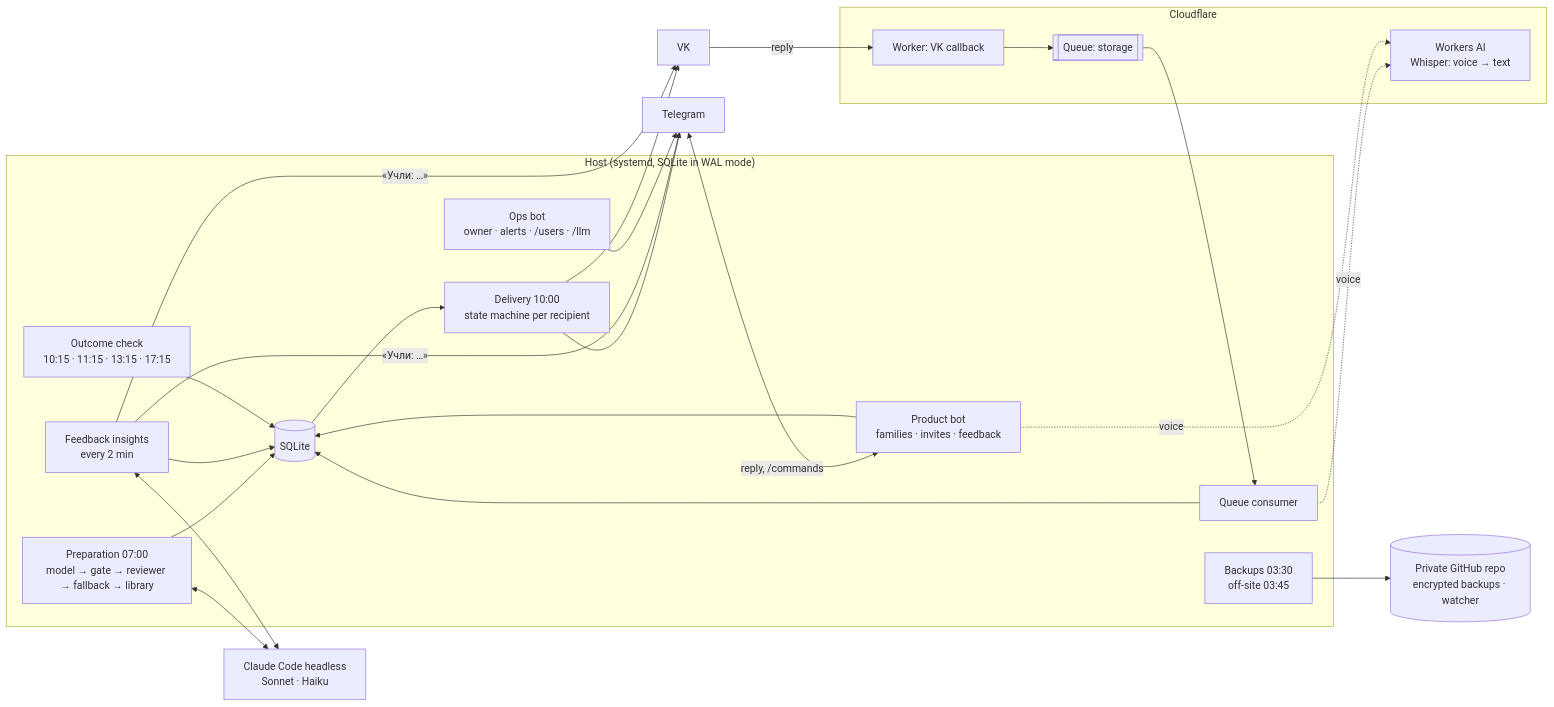
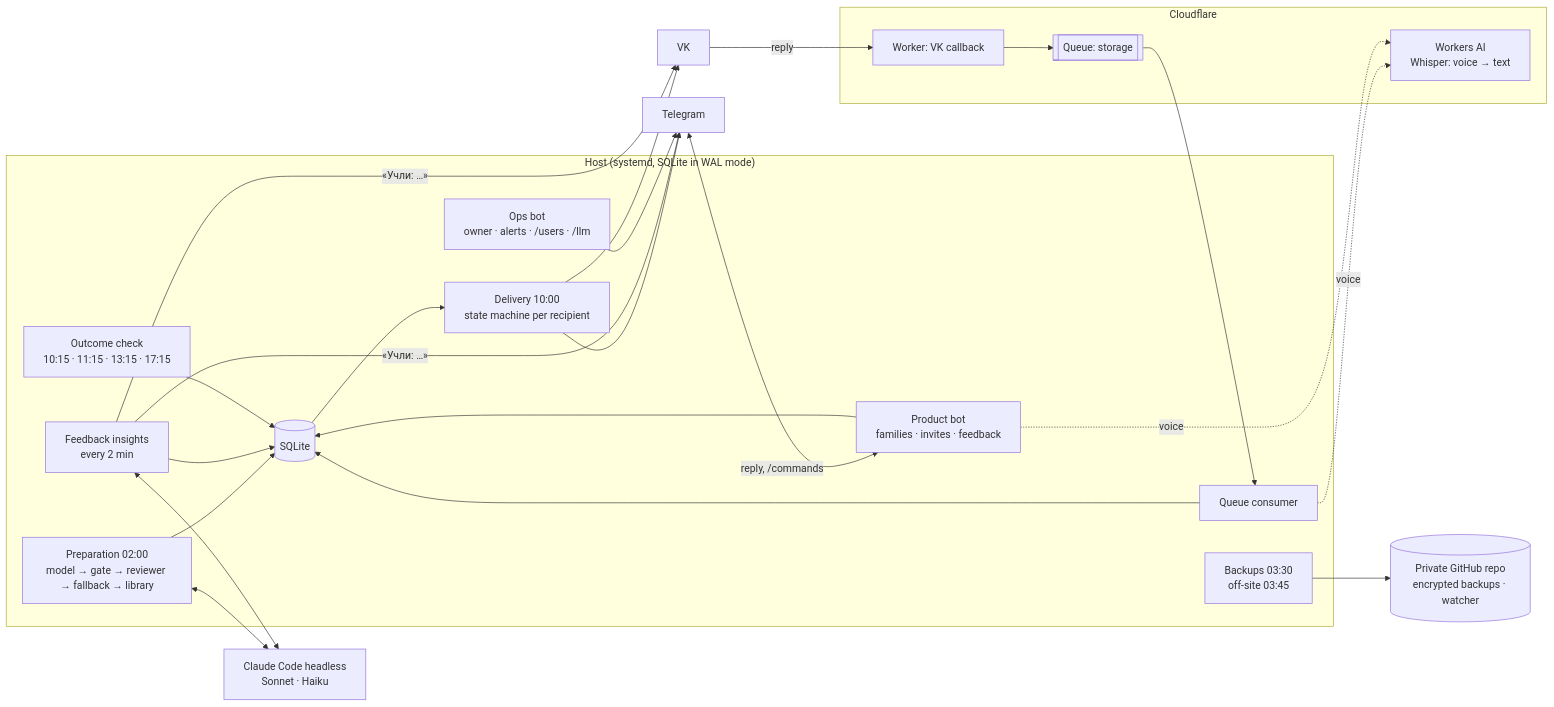
One commit to LukshinVI/game-of-the-day changed the diagram in docs/architecture.md. Above: the diagram before and after it, drawn with Mermaid. The commit also changed other lines of this file and 15 other files, not shown here.

````diff
--- a/docs/architecture.md
+++ b/docs/architecture.md
@@ -9,36 +9,36 @@
 ```mermaid
 flowchart LR
     subgraph Host["Host (systemd, SQLite in WAL mode)"]
-        PREP[Preparation 07:00<br/>model → gate → reviewer → fallback → library]
+        PREP[Preparation 02:00<br/>model → gate → reviewer → fallback → library]
         DEL[Delivery 10:00<br/>state machine per recipient]
         CHK[Outcome check<br/>10:15 · 11:15 · 13:15 · 17:15]
         INS[Feedback insights<br/>every 2 min]
         PB[Product bot<br/>families · invites · feedback]
         OB[Ops bot<br/>owner · alerts · /users · /llm]
         CON[Queue consumer]
         BK[Backups 03:30<br/>off-site 03:45]
         DB[(SQLite)]
     end
     subgraph Edge["Cloudflare"]
         W[Worker: VK callback]
         Q[[Queue: storage]]
         AI[Workers AI<br/>Whisper: voice → text]
     end
     CC[Claude Code headless<br/>Sonnet · Haiku]
     VK[VK]
     TG[Telegram]
     GH[(Private GitHub repo<br/>encrypted backups · watcher)]
 
     PREP <--> CC
     PREP --> DB
     DB --> DEL --> VK & TG
     VK -->|reply| W --> Q --> CON --> DB
     TG <-->|reply, /commands| PB --> DB
     CON & PB -.->|voice| AI
     INS <--> CC
     INS --> DB
     INS -->|"«Учли: …»"| VK & TG
     CHK --> DB
     OB --> TG
     BK --> GH
 ```
````
